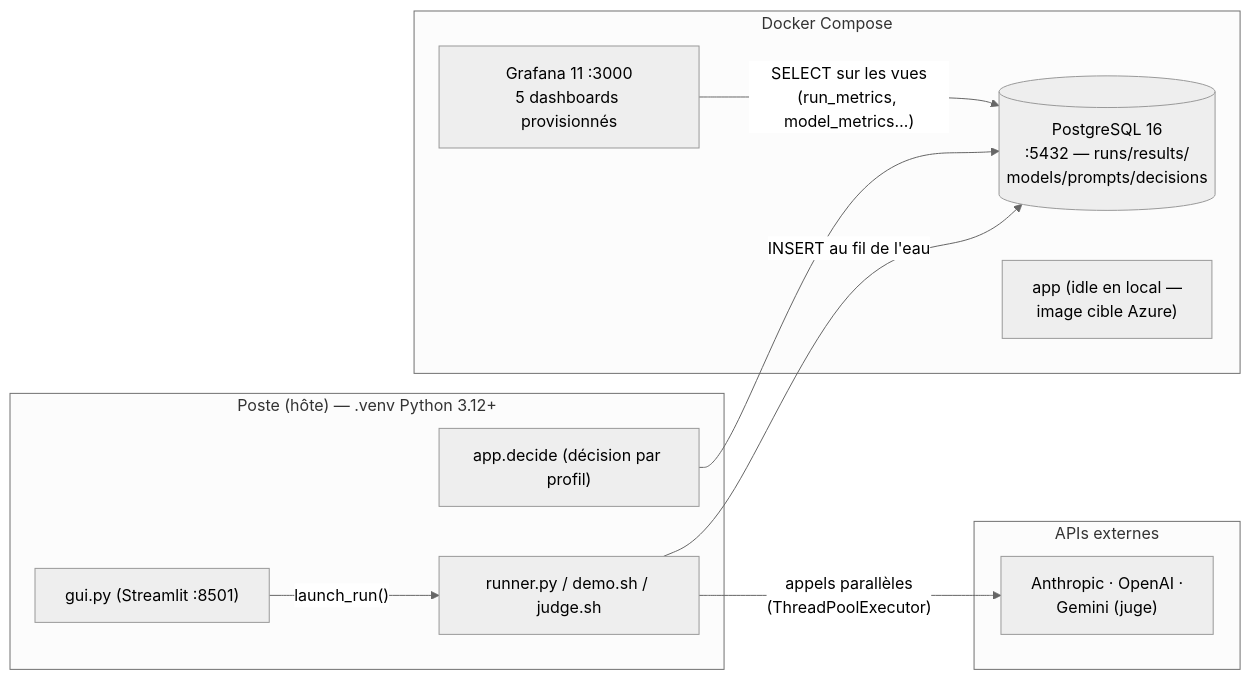
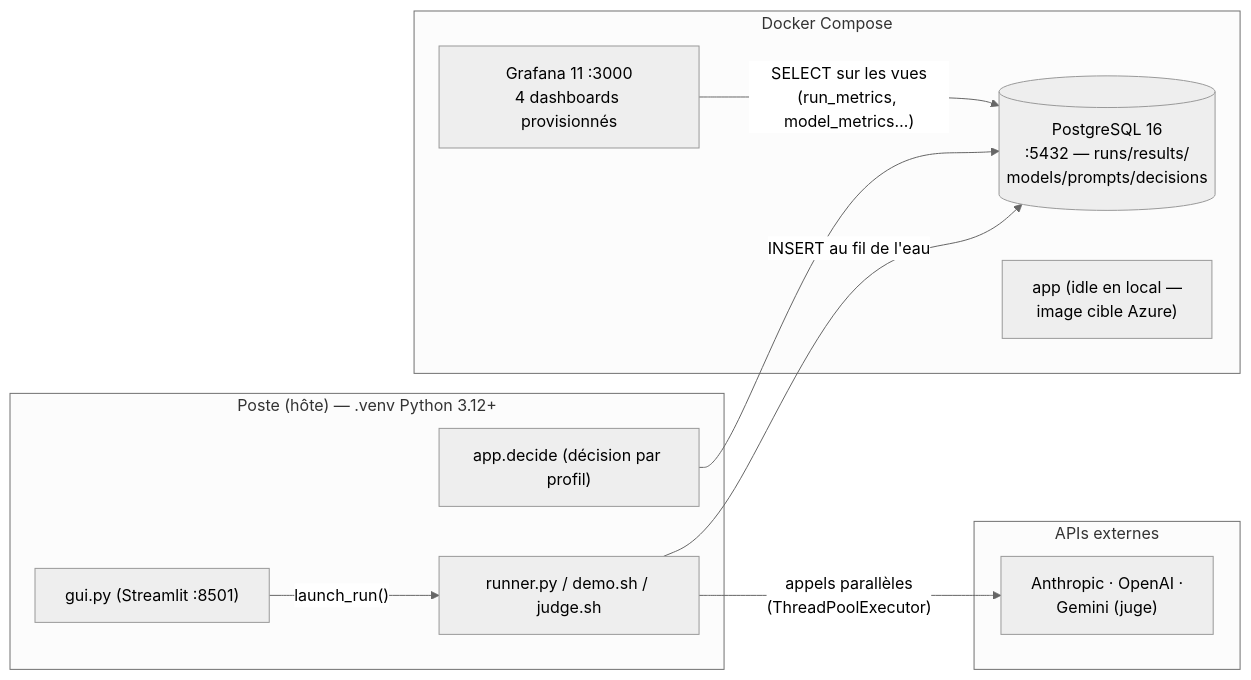
The diagram in RUNBOOK.md (CanadiensCoupe2025/LLM-Comparison), drawn with Mermaid (neutral theme) before and after one commit. The commit also changed other lines of this file and 16 other files, not shown here.

````diff
--- a/RUNBOOK.md
+++ b/RUNBOOK.md
@@ -22,24 +22,24 @@
 ```mermaid
 flowchart LR
     subgraph HOTE["Poste (hôte) — .venv Python 3.12+"]
         GUI["gui.py (Streamlit :8501)"]
         CLI["runner.py / demo.sh / judge.sh"]
         DEC["app.decide (décision par profil)"]
     end
 
     subgraph DOCKER["Docker Compose"]
         PG[("PostgreSQL 16\n:5432 — runs/results/\nmodels/prompts/decisions")]
-        GRAF["Grafana 11 :3000\n5 dashboards provisionnés"]
+        GRAF["Grafana 11 :3000\n4 dashboards provisionnés"]
         APP["app (idle en local —\nimage cible Azure)"]
     end
 
     subgraph EXT["APIs externes"]
         LLM["Anthropic · OpenAI ·\nGemini (juge)"]
     end
 
     GUI -->|"launch_run()"| CLI
     CLI -->|"appels parallèles\n(ThreadPoolExecutor)"| LLM
     CLI -->|"INSERT au fil de l'eau"| PG
     DEC --> PG
     GRAF -->|"SELECT sur les vues\n(run_metrics, model_metrics…)"| PG
 ```
````
